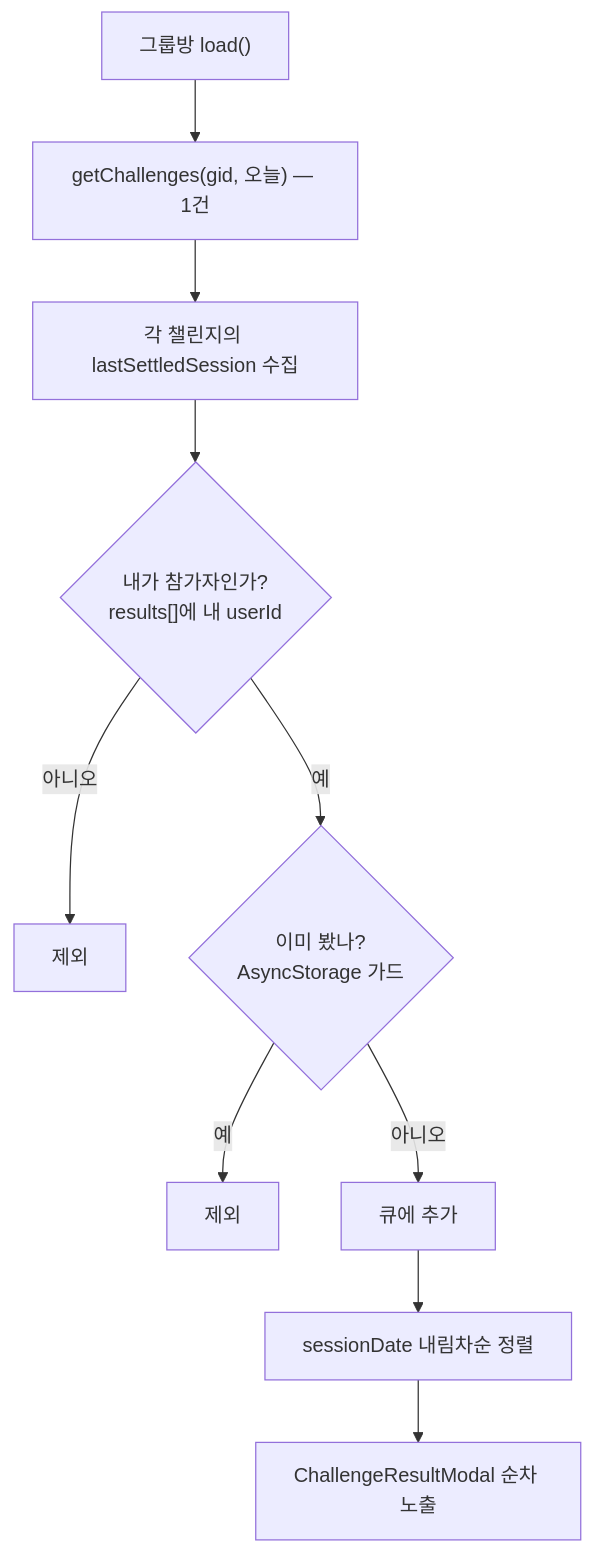
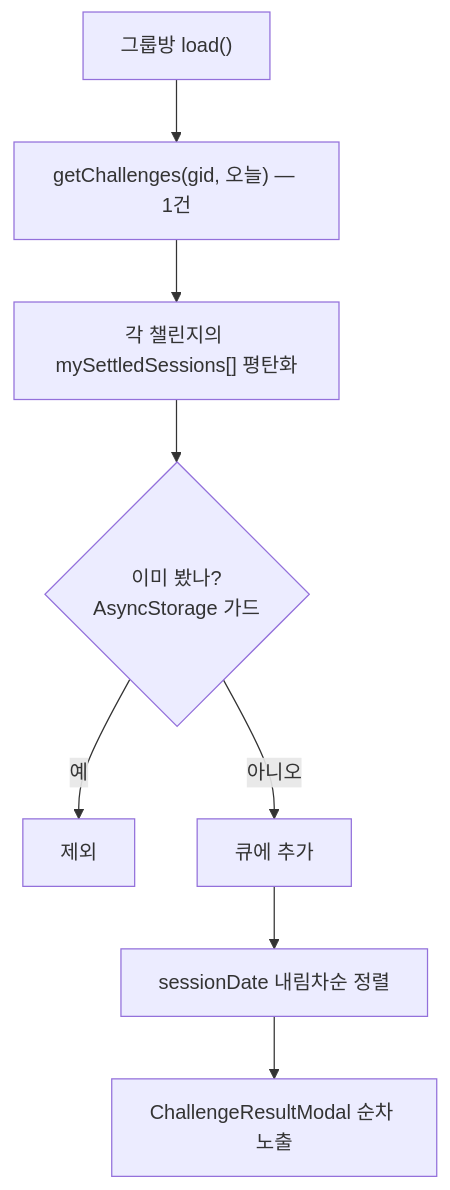
The ninth of 11 diagrams in docs/prd/challenge/information-architecture.md (OneOrThree/phone), drawn with Mermaid before and after one commit. The commit also changed other lines of this file and 5 other files, not shown here.

````diff
--- a/docs/prd/challenge/information-architecture.md
+++ b/docs/prd/challenge/information-architecture.md
@@ -409,12 +411,10 @@
 ```mermaid
 flowchart TB
     L["그룹방 load()"] --> Q["getChallenges(gid, 오늘) — 1건"]
-    Q --> P["각 챌린지의 lastSettledSession 수집"]
-    P --> F1{"내가 참가자인가?<br/>results[]에 내 userId"}
-    F1 -->|아니오| X1["제외"]
-    F1 -->|예| F2{"이미 봤나?<br/>AsyncStorage 가드"}
+    Q --> P["각 챌린지의 mySettledSessions[] 평탄화"]
+    P --> F2{"이미 봤나?<br/>AsyncStorage 가드"}
     F2 -->|예| X2["제외"]
     F2 -->|아니오| Q2["큐에 추가"]
     Q2 --> S["sessionDate 내림차순 정렬"]
     S --> M["ChallengeResultModal 순차 노출"]
 ```
````
